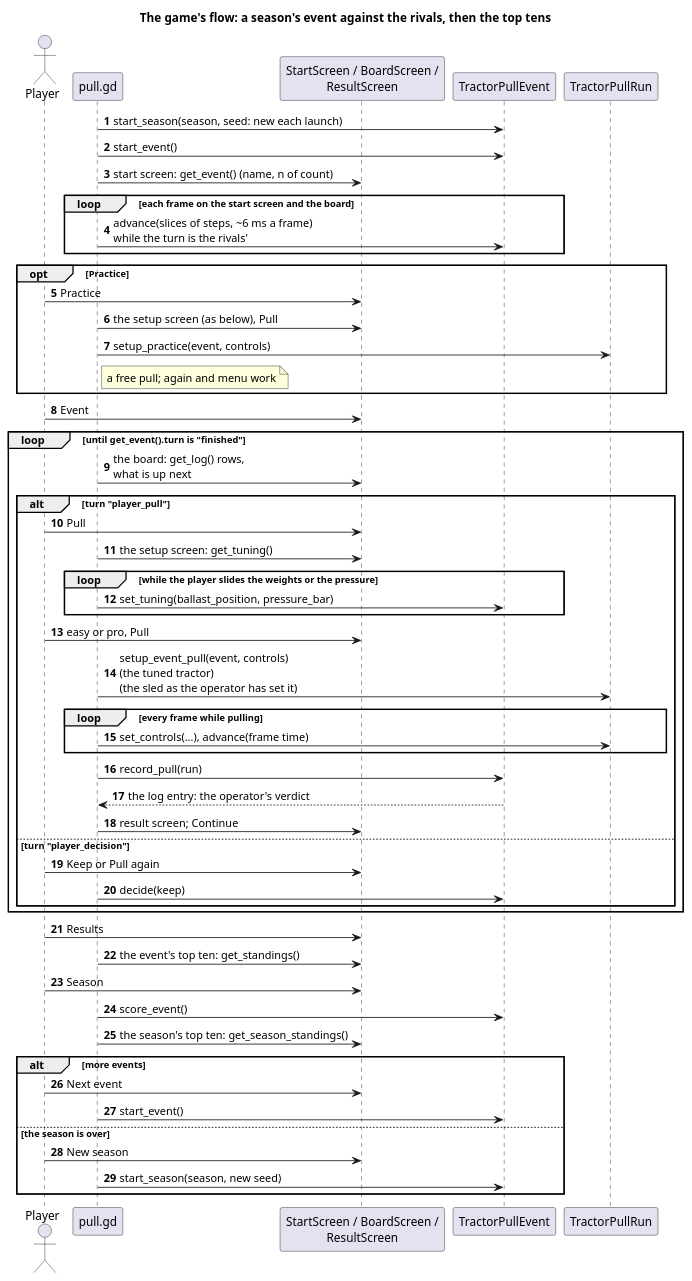
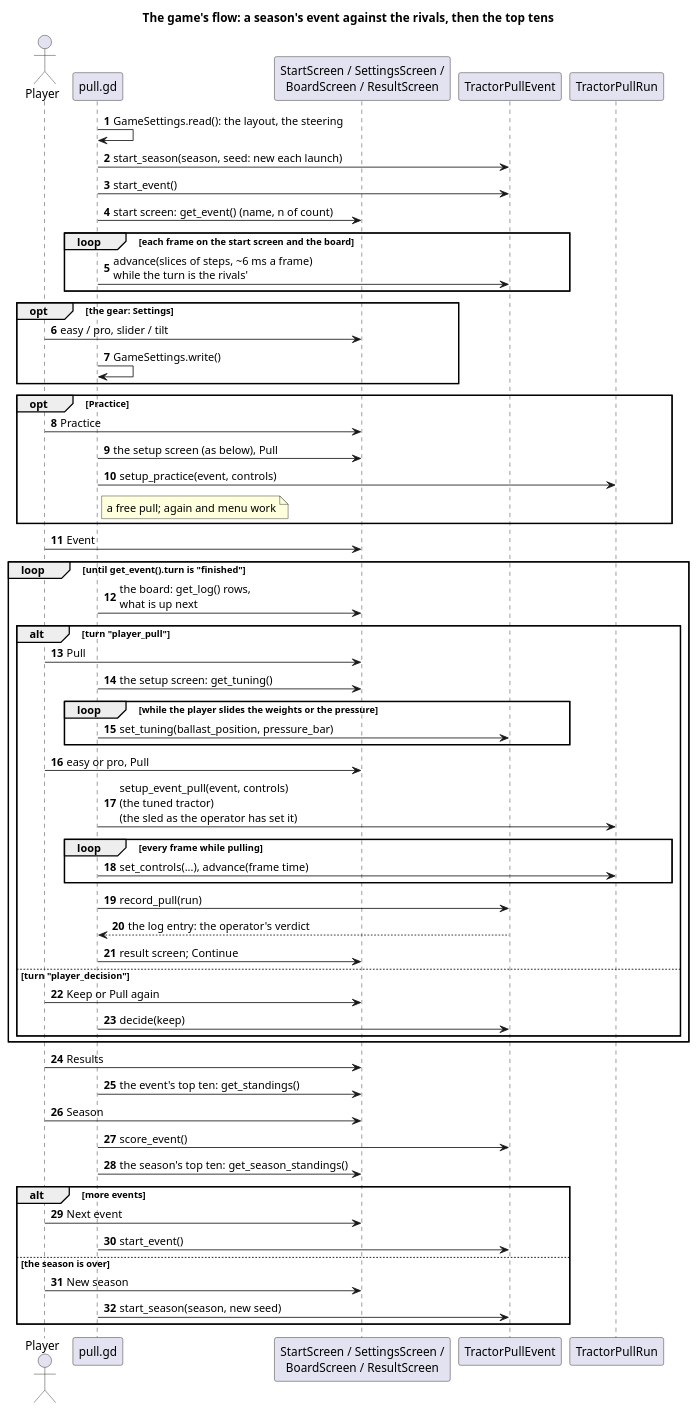
The diagram in docs/diagrams/godot_run_flow_sequence.puml (wversteeg/TractorPulling), drawn with PlantUML before and after one commit. The commit also changed 28 other files, not shown here.

First line of the commit message:
Settings behind a gear, tilt steering, the clutch's slipping range marked

```diff
--- a/docs/diagrams/godot_run_flow_sequence.puml
+++ b/docs/diagrams/godot_run_flow_sequence.puml
@@ -1,56 +1,61 @@
 @startuml godot_run_flow_sequence
 title The game's flow: a season's event against the rivals, then the top tens
 autonumber
 actor Player
 participant "pull.gd" as Pull
-participant "StartScreen / BoardScreen /\nResultScreen" as Screens
+participant "StartScreen / SettingsScreen /\nBoardScreen / ResultScreen" as Screens
 participant "TractorPullEvent" as Event
 participant "TractorPullRun" as Run
 
+Pull -> Pull : GameSettings.read(): the layout, the steering
 Pull -> Event : start_season(season, seed: new each launch)
 Pull -> Event : start_event()
 Pull -> Screens : start screen: get_event() (name, n of count)
 loop each frame on the start screen and the board
   Pull -> Event : advance(slices of steps, ~6 ms a frame)\nwhile the turn is the rivals'
+end
+opt the gear: Settings
+  Player -> Screens : easy / pro, slider / tilt
+  Pull -> Pull : GameSettings.write()
 end
 opt Practice
   Player -> Screens : Practice
   Pull -> Screens : the setup screen (as below), Pull
   Pull -> Run : setup_practice(event, controls)
   note right of Pull : a free pull; again and menu work
 end
 Player -> Screens : Event
 loop until get_event().turn is "finished"
   Pull -> Screens : the board: get_log() rows,\nwhat is up next
   alt turn "player_pull"
     Player -> Screens : Pull
     Pull -> Screens : the setup screen: get_tuning()
     loop while the player slides the weights or the pressure
       Pull -> Event : set_tuning(ballast_position, pressure_bar)
     end
     Player -> Screens : easy or pro, Pull
     Pull -> Run : setup_event_pull(event, controls)\n(the tuned tractor)\n(the sled as the operator has set it)
     loop every frame while pulling
       Pull -> Run : set_controls(...), advance(frame time)
     end
     Pull -> Event : record_pull(run)
     Event --> Pull : the log entry: the operator's verdict
     Pull -> Screens : result screen; Continue
   else turn "player_decision"
     Player -> Screens : Keep or Pull again
     Pull -> Event : decide(keep)
   end
 end
 Player -> Screens : Results
 Pull -> Screens : the event's top ten: get_standings()
 Player -> Screens : Season
 Pull -> Event : score_event()
 Pull -> Screens : the season's top ten: get_season_standings()
 alt more events
   Player -> Screens : Next event
   Pull -> Event : start_event()
 else the season is over
   Player -> Screens : New season
   Pull -> Event : start_season(season, new seed)
 end
 @enduml
```
